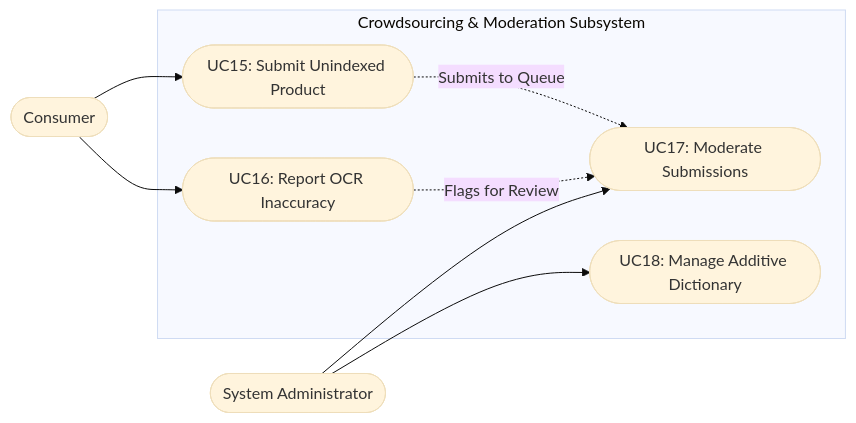
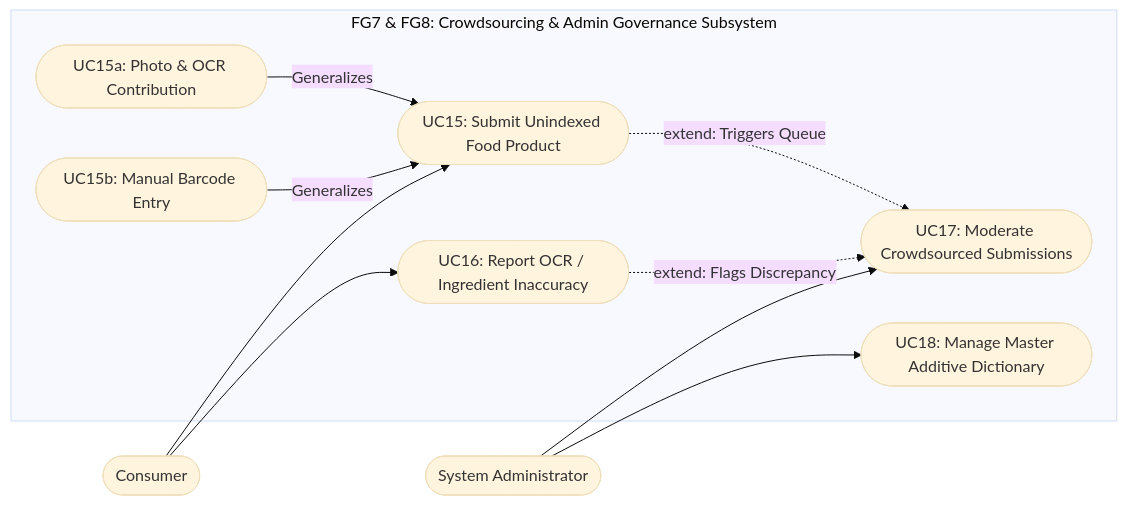
One commit to cornne/NutriViet_CNPM changed the fifth of 5 diagrams in docs/requirements/use-cases.md. Above: the diagram before and after it, drawn with Mermaid (base theme). The commit also changed other lines of this file and 176 other files, not shown here.

````diff
--- a/docs/requirements/use-cases.md
+++ b/docs/requirements/use-cases.md
@@ -194,19 +249,27 @@
 ```mermaid
 flowchart LR
     Consumer(["Consumer"])
     Admin(["System Administrator"])
 
-    subgraph Crowdsource_Governance ["Crowdsourcing & Moderation Subsystem"]
-        UC15(["UC15: Submit Unindexed Product"])
-        UC16(["UC16: Report OCR Inaccuracy"])
-        UC17(["UC17: Moderate Submissions"])
-        UC18(["UC18: Manage Additive Dictionary"])
+    subgraph Crowdsource_Moderation ["FG7 & FG8: Crowdsourcing & Admin Governance Subsystem"]
+        UC15(["UC15: Submit Unindexed Food Product"])
+        UC15a(["UC15a: Photo & OCR Contribution"])
+        UC15b(["UC15b: Manual Barcode Entry"])
+        UC16(["UC16: Report OCR / Ingredient Inaccuracy"])
+        UC17(["UC17: Moderate Crowdsourced Submissions"])
+        UC18(["UC18: Manage Master Additive Dictionary"])
     end
 
     Consumer --> UC15
     Consumer --> UC16
     Admin --> UC17
     Admin --> UC18
-    UC15 -. "Submits to Queue" .-> UC17
-    UC16 -. "Flags for Review" .-> UC17
+
+    %% Extend Relationships
+    UC15 -.->|extend: Triggers Queue| UC17
+    UC16 -.->|extend: Flags Discrepancy| UC17
+
+    %% Use Case Generalizations
+    UC15a -->|Generalizes| UC15
+    UC15b -->|Generalizes| UC15
 ```
````
